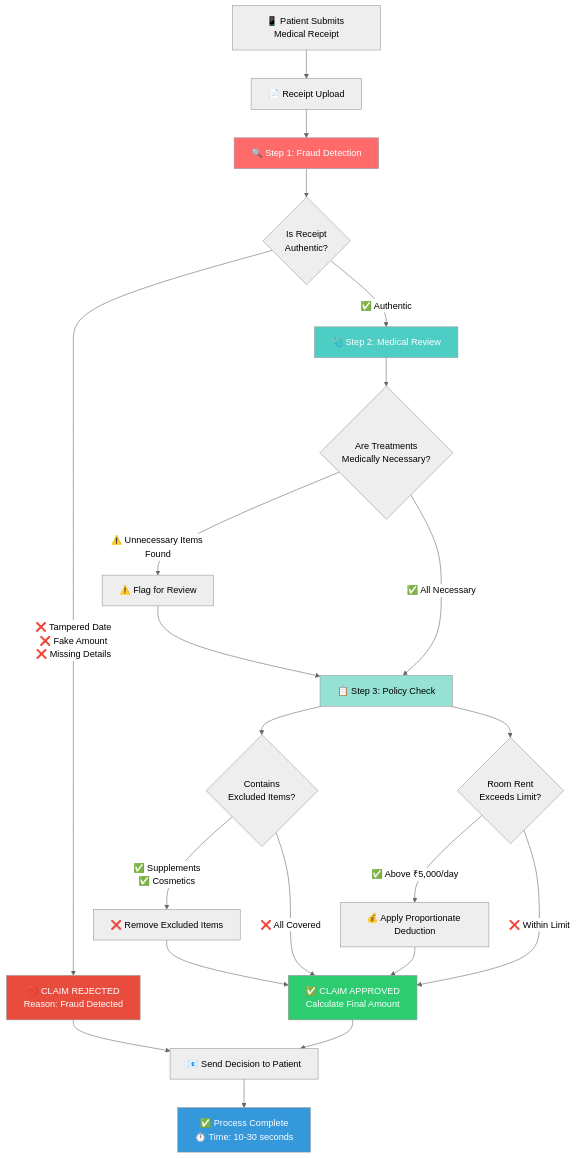
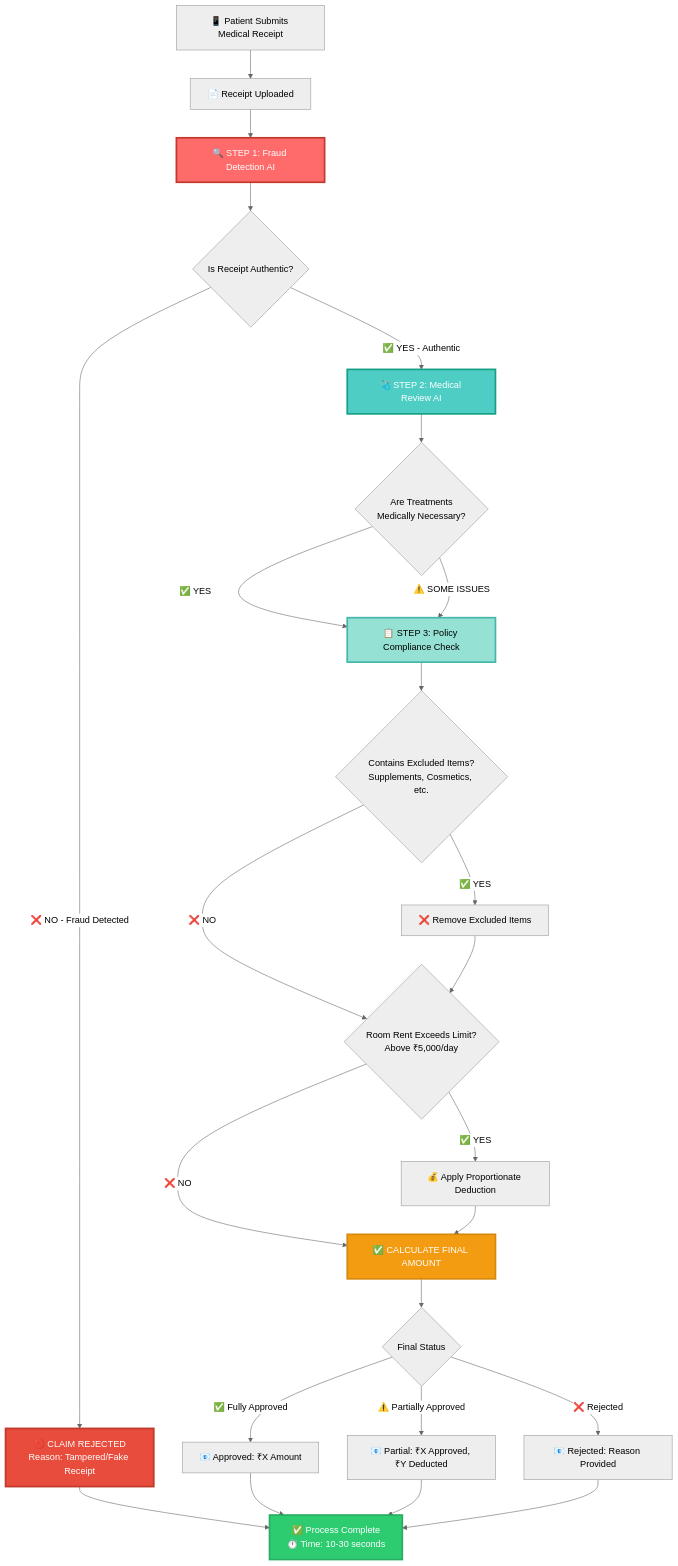
The diagram in README.md (sankar1mani/claimguardAI), drawn with Mermaid (neutral theme) before and after one commit.

````diff
--- a/README.md
+++ b/README.md
@@ -67,41 +67,41 @@
 ```mermaid
-graph TB
-    Start[📱 Patient Submits Medical Receipt] --> Upload[📄 Receipt Upload]
+graph TD
+    Start[📱 Patient Submits Medical Receipt] --> Upload[📄 Receipt Uploaded]
     
-    Upload --> Check1[🔍 Step 1: Fraud Detection]
-    Check1 --> Fraud{Is Receipt<br/>Authentic?}
+    Upload --> Step1[🔍 STEP 1: Fraud Detection AI]
     
-    Fraud -->|❌ Tampered Date<br/>❌ Fake Amount<br/>❌ Missing Details| Reject[🚫 CLAIM REJECTED<br/>Reason: Fraud Detected]
+    Step1 --> Q1{Is Receipt Authentic?}
+    Q1 -->|❌ NO - Fraud Detected| R1[🚫 CLAIM REJECTED<br/>Reason: Tampered/Fake Receipt]
+    Q1 -->|✅ YES - Authentic| Step2[🩺 STEP 2: Medical Review AI]
     
-    Fraud -->|✅ Authentic| Check2[🩺 Step 2: Medical Review]
-    Check2 --> Medical{Are Treatments<br/>Medically Necessary?}
+    Step2 --> Q2{Are Treatments<br/>Medically Necessary?}
+    Q2 -->|✅ YES| Step3[📋 STEP 3: Policy Compliance Check]
+    Q2 -->|⚠️ SOME ISSUES| Step3
     
-    Medical -->|⚠️ Unnecessary Items Found| Flag[⚠️ Flag for Review]
-    Medical -->|✅ All Necessary| Check3[📋 Step 3: Policy Check]
-    Flag --> Check3
+    Step3 --> Q3A{Contains Excluded Items?<br/>Supplements, Cosmetics, etc.}
+    Q3A -->|✅ YES| Action1[❌ Remove Excluded Items]
+    Q3A -->|❌ NO| Q3B
     
-    Check3 --> Policy1{Contains<br/>Excluded Items?}
-    Policy1 -->|✅ Supplements<br/>✅ Cosmetics| Remove[❌ Remove Excluded Items]
+    Action1 --> Q3B{Room Rent Exceeds Limit?<br/>Above ₹5,000/day}
+    Q3B -->|✅ YES| Action2[💰 Apply Proportionate Deduction]
+    Q3B -->|❌ NO| Decision
     
-    Check3 --> Policy2{Room Rent<br/>Exceeds Limit?}
-    Policy2 -->|✅ Above ₹5,000/day| Deduct[💰 Apply Proportionate Deduction]
+    Action2 --> Decision[✅ CALCULATE FINAL AMOUNT]
     
-    Policy1 -->|❌ All Covered| Approve
-    Policy2 -->|❌ Within Limit| Approve
-    Remove --> Approve
-    Deduct --> Approve
+    Decision --> Result{Final Status}
+    Result -->|✅ Fully Approved| Notify1[📧 Approved: ₹X Amount]
+    Result -->|⚠️ Partially Approved| Notify2[📧 Partial: ₹X Approved, ₹Y Deducted]
+    Result -->|❌ Rejected| Notify3[📧 Rejected: Reason Provided]
     
-    Approve[✅ CLAIM APPROVED<br/>Calculate Final Amount]
+    R1 --> End
+    Notify1 --> End[✅ Process Complete<br/>⏱️ Time: 10-30 seconds]
+    Notify2 --> End
+    Notify3 --> End
     
-    Approve --> Notify[📧 Send Decision to Patient]
-    Reject --> Notify
-    
-    Notify --> End[✅ Process Complete<br/>⏱️ Time: 10-30 seconds]
-    
-    style Check1 fill:#ff6b6b,color:#fff
-    style Check2 fill:#4ecdc4,color:#fff
-    style Check3 fill:#95e1d3,color:#000
-    style Reject fill:#e74c3c,color:#fff
-    style Approve fill:#2ecc71,color:#fff
-    style End fill:#3498db,color:#fff
+    style Step1 fill:#ff6b6b,color:#fff,stroke:#c0392b,stroke-width:3px
+    style Step2 fill:#4ecdc4,color:#fff,stroke:#16a085,stroke-width:3px
+    style Step3 fill:#95e1d3,color:#000,stroke:#45b7aa,stroke-width:3px
+    style R1 fill:#e74c3c,color:#fff,stroke:#c0392b,stroke-width:3px
+    style Decision fill:#f39c12,color:#fff,stroke:#d68910,stroke-width:3px
+    style End fill:#2ecc71,color:#fff,stroke:#27ae60,stroke-width:3px
 ```
````
